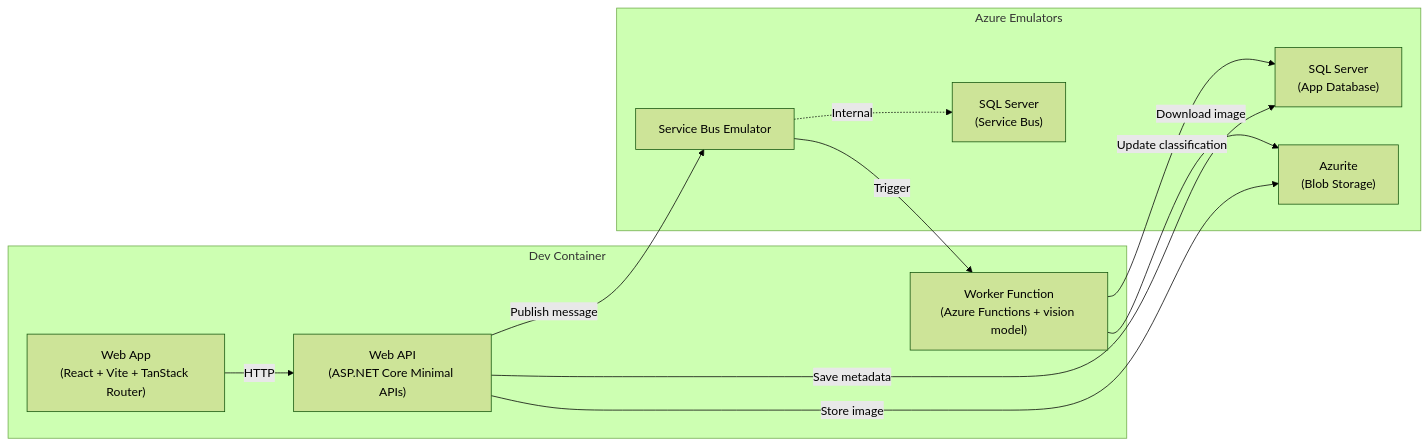
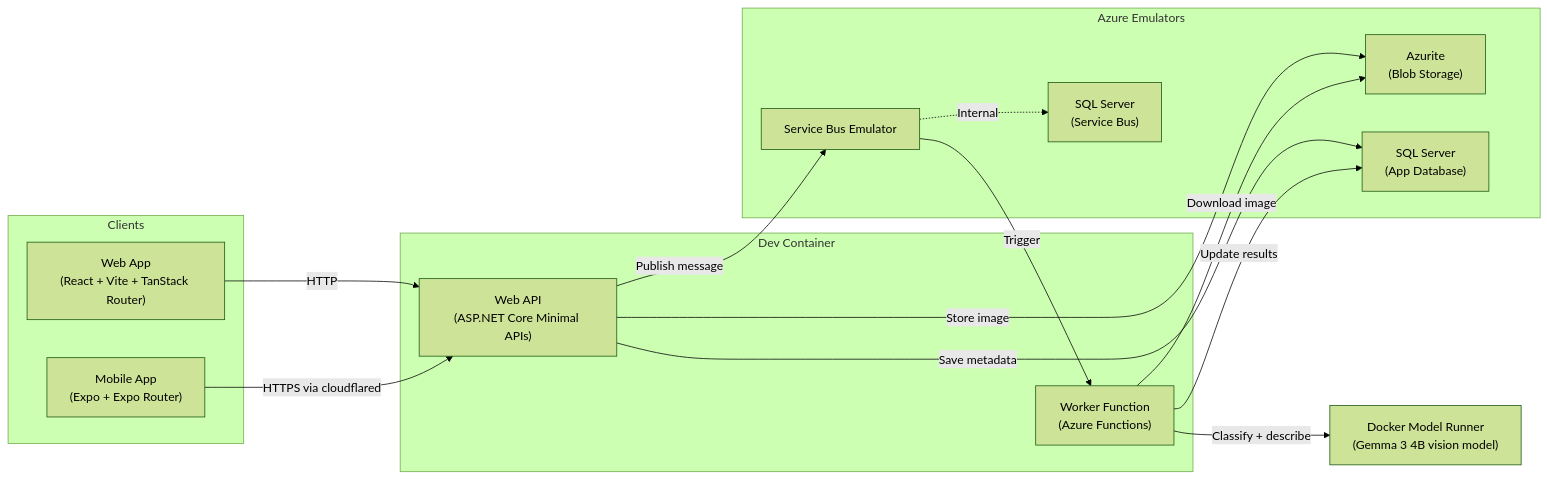
One commit to SpencerAWill/dx-with-dev-containers changed the diagram in README.md. Above: the diagram before and after it, drawn with Mermaid (forest theme). The commit also changed other lines of this file and 4 other files, not shown here.

````diff
--- a/README.md
+++ b/README.md
@@ -11,24 +11,32 @@
 ```mermaid
 graph LR
+    subgraph Clients
+        WebApp["Web App<br/>(React + Vite + TanStack Router)"]
+        Mobile["Mobile App<br/>(Expo + Expo Router)"]
+    end
+
     subgraph Dev Container
-        WebApp["Web App<br/>(React + Vite + TanStack Router)"]
         API["Web API<br/>(ASP.NET Core Minimal APIs)"]
-        Worker["Worker Function<br/>(Azure Functions + vision model)"]
+        Worker["Worker Function<br/>(Azure Functions)"]
     end
 
     subgraph Azure Emulators
         Azurite["Azurite<br/>(Blob Storage)"]
         ServiceBus["Service Bus Emulator"]
         AppSQL["SQL Server<br/>(App Database)"]
         SBSQL["SQL Server<br/>(Service Bus)"]
     end
 
+    Vision["Docker Model Runner<br/>(Gemma 3 4B vision model)"]
+
     WebApp -->|HTTP| API
+    Mobile -->|HTTPS via cloudflared| API
     API -->|Store image| Azurite
     API -->|Save metadata| AppSQL
     API -->|Publish message| ServiceBus
     ServiceBus -->|Trigger| Worker
     Worker -->|Download image| Azurite
-    Worker -->|Update classification| AppSQL
+    Worker -->|Classify + describe| Vision
+    Worker -->|Update results| AppSQL
     ServiceBus -.->|Internal| SBSQL
 ```
````
